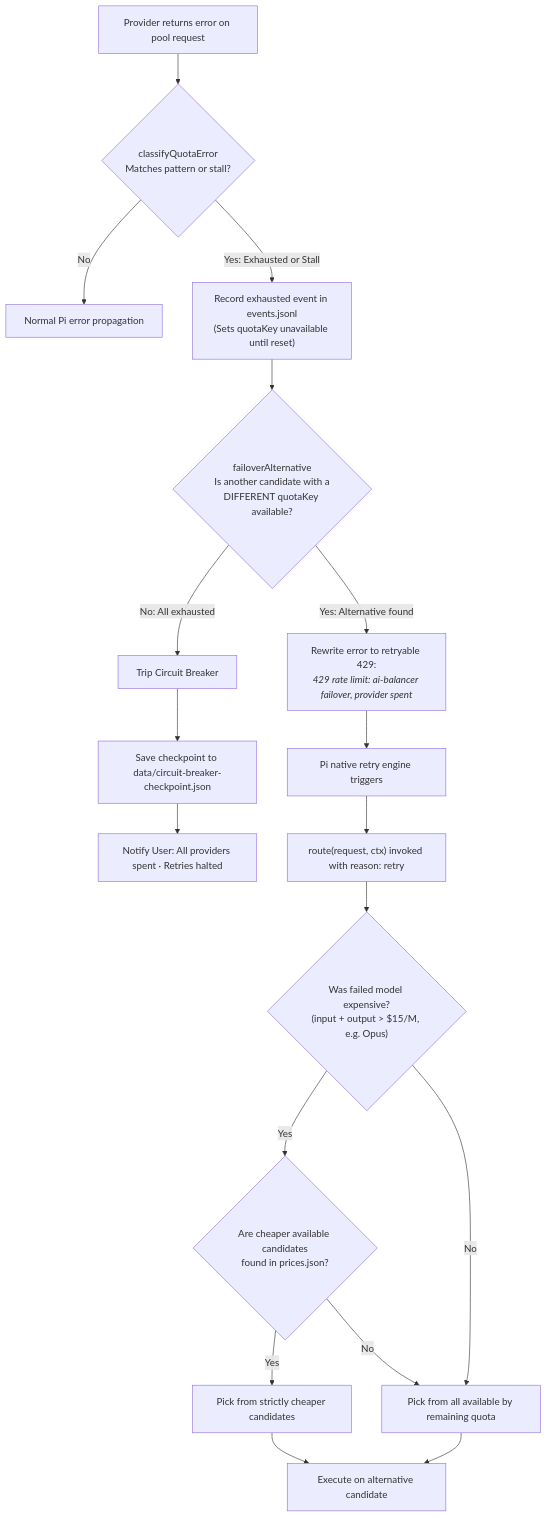
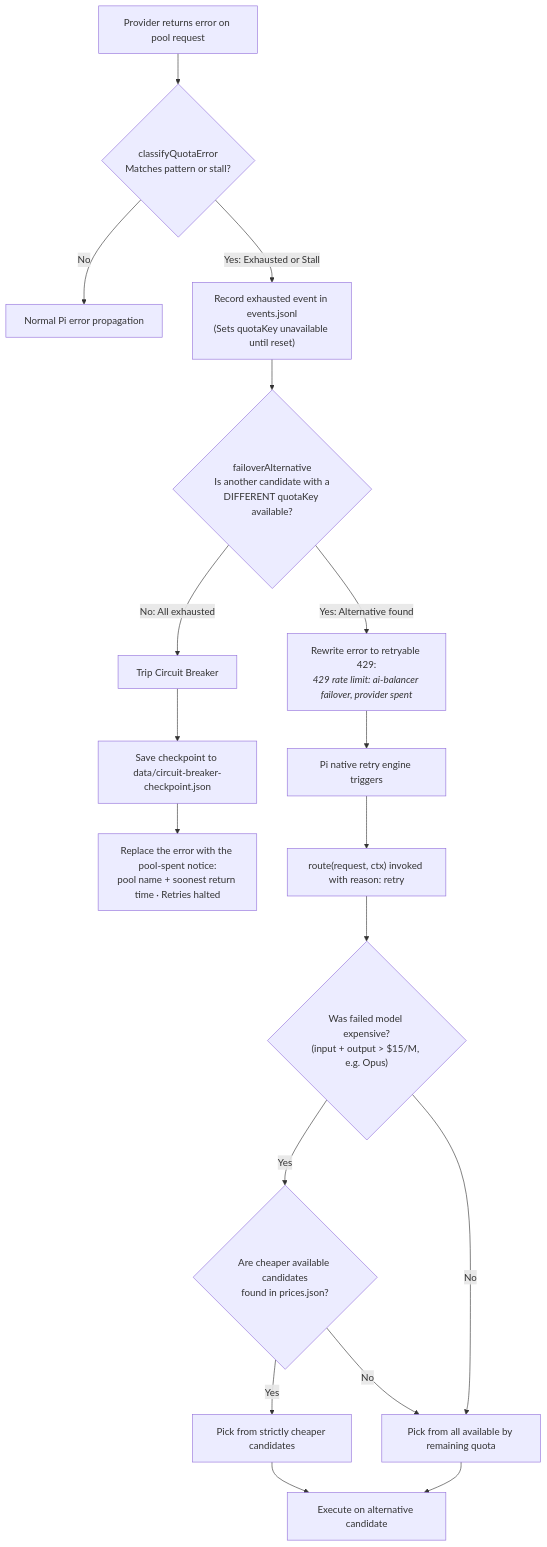
One commit to 3lAngel0/balanceria changed the fourth of 4 diagrams in docs/guide.md. Above: the diagram before and after it, drawn with Mermaid. The commit also changed other lines of this file and 6 other files, not shown here.

First line of the commit message:
fix(pool): end the turn with a clear notice when every candidate is spent

````diff
--- a/docs/guide.md
+++ b/docs/guide.md
@@ -234,25 +234,25 @@
 ```mermaid
 flowchart TD
     Err[Provider returns error on pool request] --> Classify{classifyQuotaError<br>Matches pattern or stall?}
     Classify -- No --> Propagate[Normal Pi error propagation]
     Classify -- Yes: Exhausted or Stall --> RecordSpent["Record exhausted event in events.jsonl<br>(Sets quotaKey unavailable until reset)"]
     
     RecordSpent --> AltCheck{"failoverAlternative<br>Is another candidate with a<br>DIFFERENT quotaKey available?"}
     
     AltCheck -- No: All exhausted --> TripCB[Trip Circuit Breaker]
     TripCB --> SaveCkpt[Save checkpoint to data/circuit-breaker-checkpoint.json]
-    SaveCkpt --> NotifyUser[Notify User: All providers spent · Retries halted]
+    SaveCkpt --> NotifyUser[Replace the error with the pool-spent notice:<br>pool name + soonest return time · Retries halted]
     
     AltCheck -- Yes: Alternative found --> Rewrite[Rewrite error to retryable 429:<br><i>429 rate limit: ai-balancer failover, provider spent</i>]
     Rewrite --> PiRetry[Pi native retry engine triggers]
     PiRetry --> ReRoute["route(request, ctx) invoked with reason: retry"]
     
     ReRoute --> ExpCheck{"Was failed model expensive?<br>(input + output > $15/M, e.g. Opus)"}
     ExpCheck -- Yes --> FilterCheaper{"Are cheaper available candidates<br>found in prices.json?"}
     FilterCheaper -- Yes --> PickCheaper[Pick from strictly cheaper candidates]
     FilterCheaper -- No --> PickRemaining[Pick from all available by remaining quota]
     ExpCheck -- No --> PickRemaining
     
     PickCheaper --> NextReq[Execute on alternative candidate]
     PickRemaining --> NextReq
 ```
````
